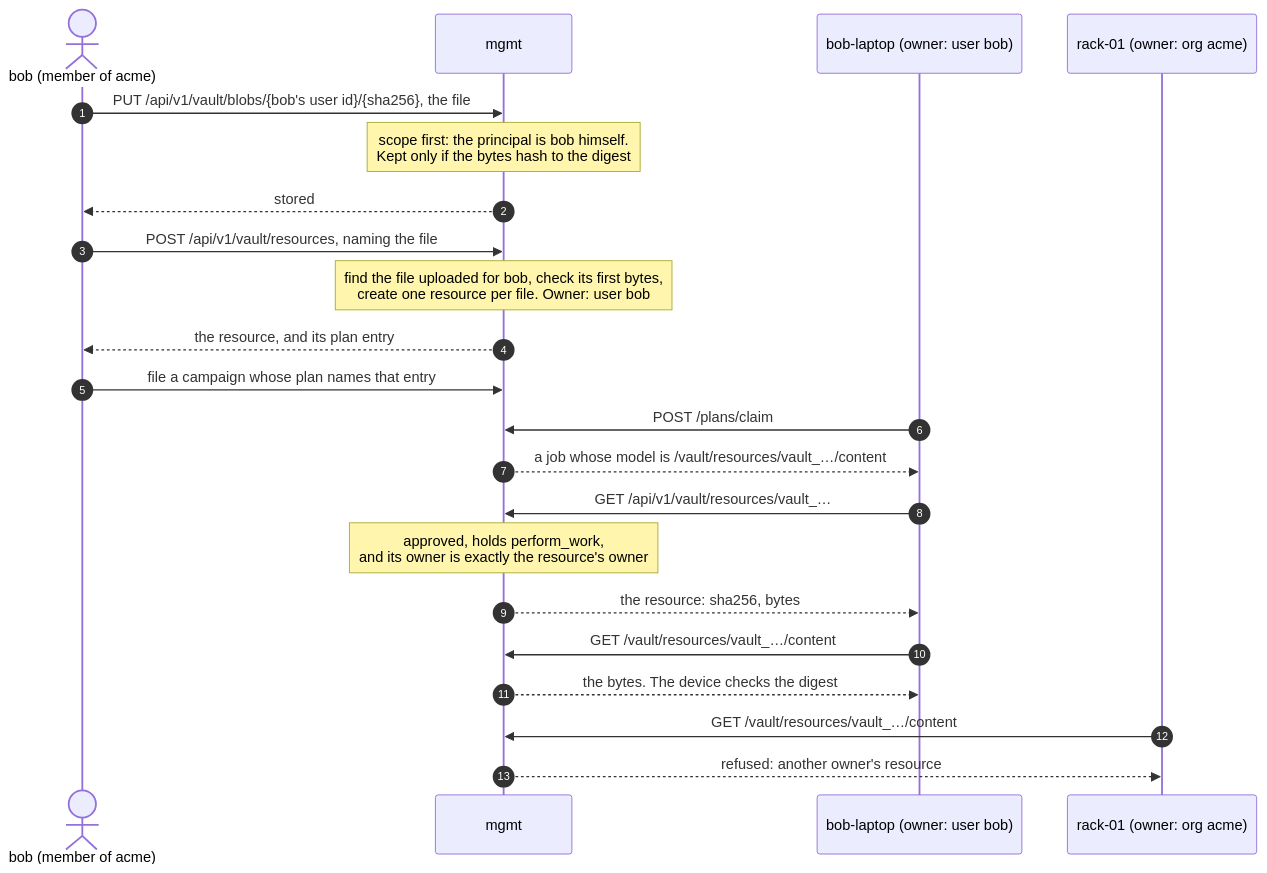
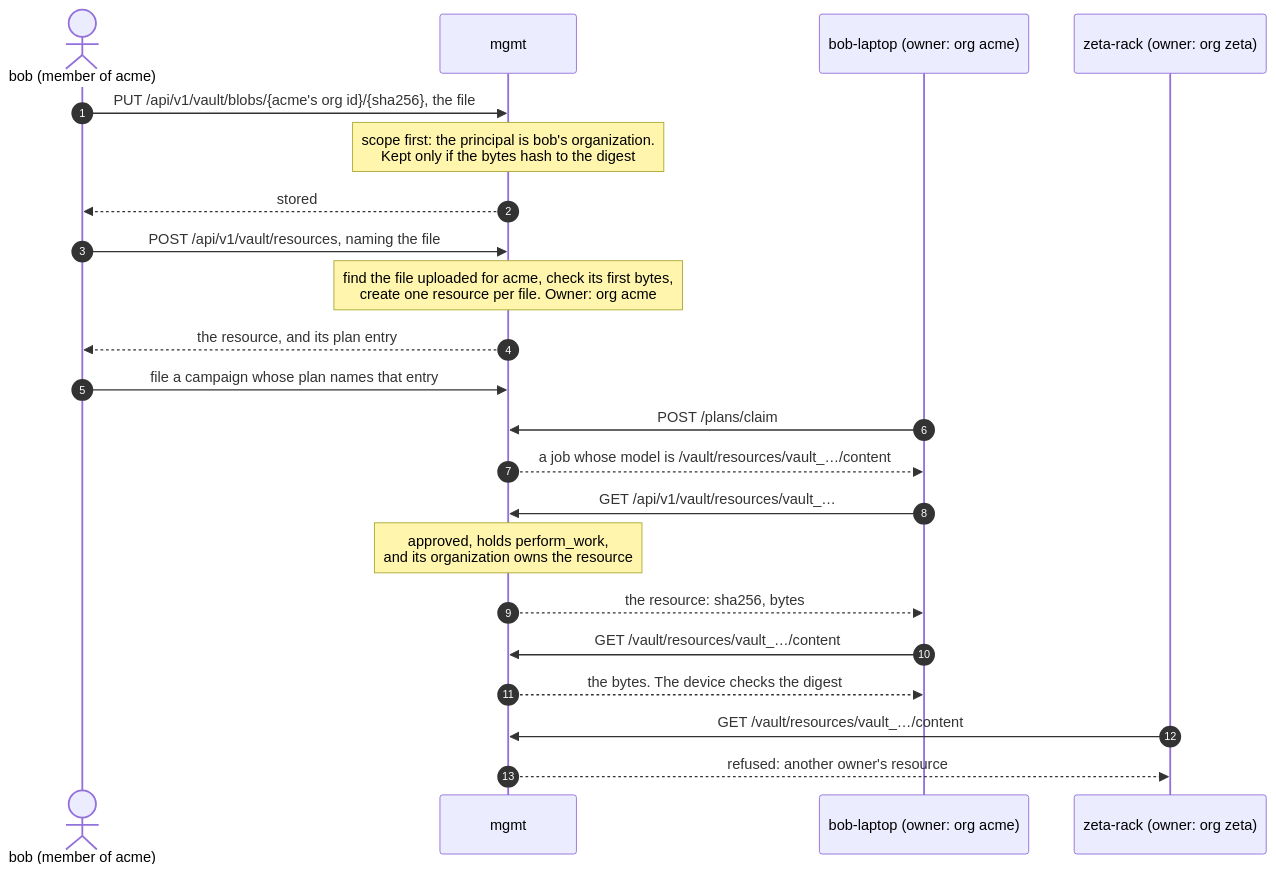
Before and after one commit to Liquid4All/pipette-mgmt: diagram 23 of 27 in docs/topology.md, drawn with Mermaid. The commit also changed other lines of this file and 432 other files, not shown here.

````diff
--- a/docs/topology.md
+++ b/docs/topology.md
@@ -949,25 +894,25 @@
 ```mermaid
 sequenceDiagram
     autonumber
     actor B as bob (member of acme)
     participant M as mgmt
-    participant L as bob-laptop (owner: user bob)
-    participant K as rack-01 (owner: org acme)
+    participant L as bob-laptop (owner: org acme)
+    participant K as zeta-rack (owner: org zeta)
 
-    B->>M: PUT /api/v1/vault/blobs/{bob's user id}/{sha256}, the file
-    Note over M: scope first: the principal is bob himself.<br/>Kept only if the bytes hash to the digest
+    B->>M: PUT /api/v1/vault/blobs/{acme's org id}/{sha256}, the file
+    Note over M: scope first: the principal is bob's organization.<br/>Kept only if the bytes hash to the digest
     M-->>B: stored
     B->>M: POST /api/v1/vault/resources, naming the file
-    Note over M: find the file uploaded for bob, check its first bytes,<br/>create one resource per file. Owner: user bob
+    Note over M: find the file uploaded for acme, check its first bytes,<br/>create one resource per file. Owner: org acme
     M-->>B: the resource, and its plan entry
     B->>M: file a campaign whose plan names that entry
     L->>M: POST /plans/claim
     M-->>L: a job whose model is /vault/resources/vault_…/content
     L->>M: GET /api/v1/vault/resources/vault_…
-    Note over M: approved, holds perform_work,<br/>and its owner is exactly the resource's owner
+    Note over M: approved, holds perform_work,<br/>and its organization owns the resource
     M-->>L: the resource: sha256, bytes
     L->>M: GET /vault/resources/vault_…/content
     M-->>L: the bytes. The device checks the digest
     K->>M: GET /vault/resources/vault_…/content
     M-->>K: refused: another owner's resource
 ```
````
